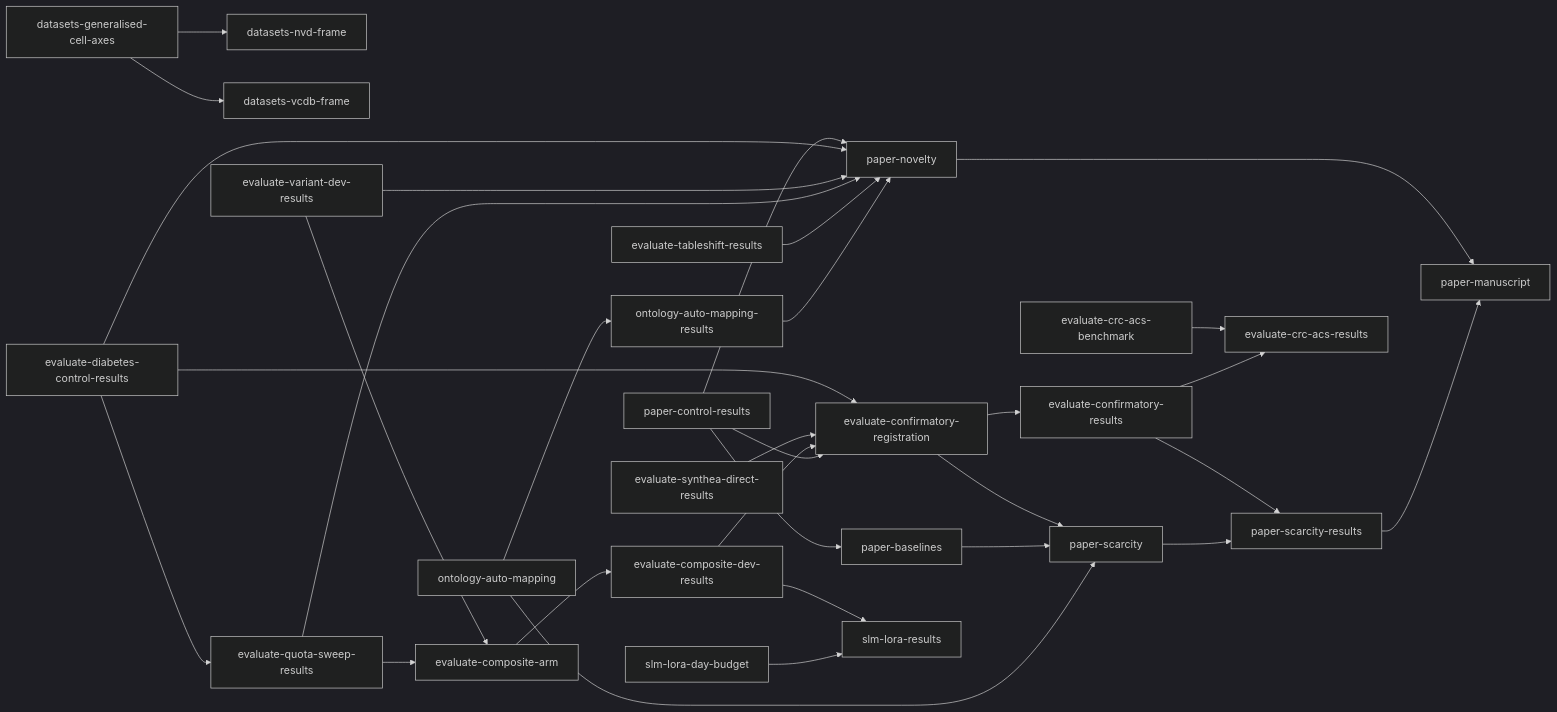
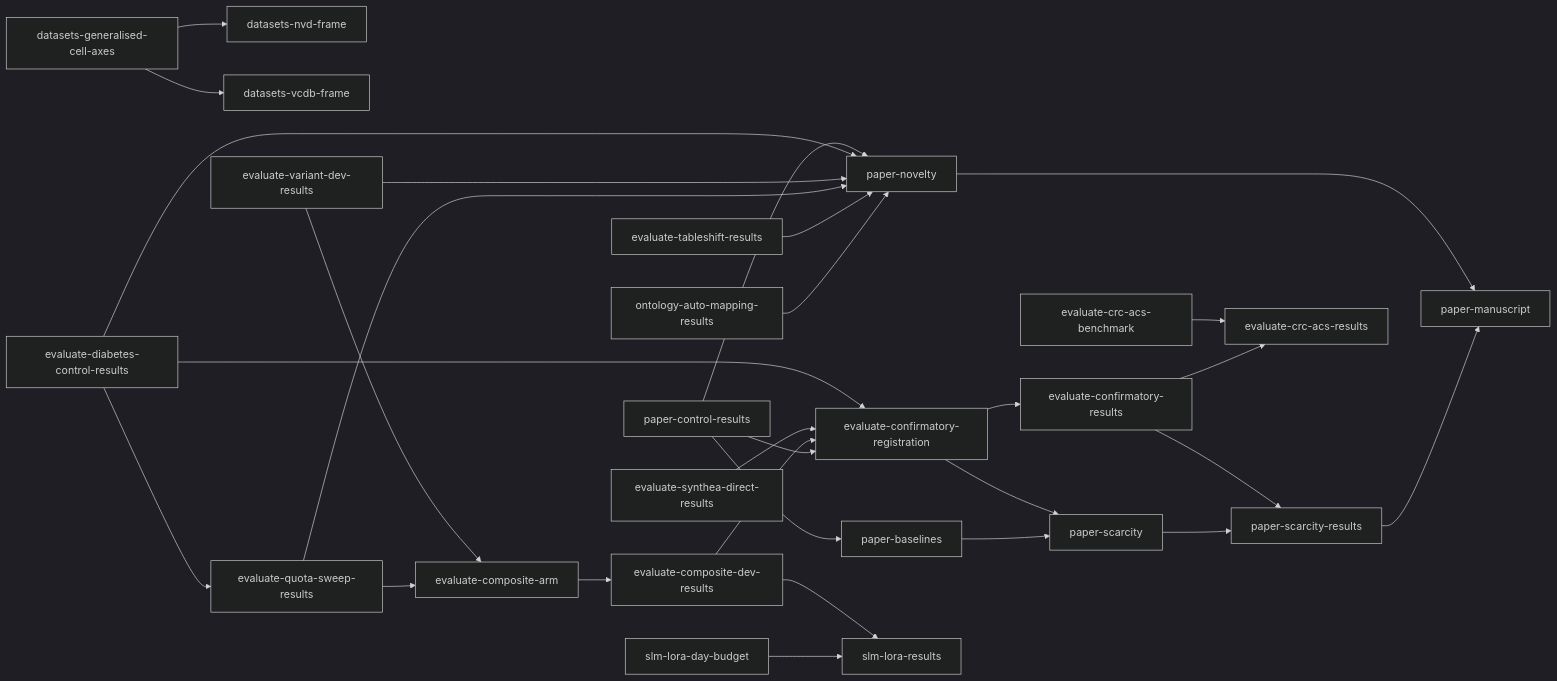
The diagram in tasks/direct-index.md (joe-dartmouth/synthetic), drawn with Mermaid (dark theme) before and after one commit. The commit also changed other lines of this file and 55 other files, not shown here.

````diff
--- a/tasks/direct-index.md
+++ b/tasks/direct-index.md
@@ -111,33 +110,31 @@
 ```mermaid
 flowchart LR
     p2[paper-control-results] --> p3[paper-baselines]
     u30[evaluate-confirmatory-registration] --> p4[paper-scarcity]
     u31[evaluate-confirmatory-results] --> p5[paper-scarcity-results]
     p3[paper-baselines] --> p4[paper-scarcity]
     p4[paper-scarcity] --> p5[paper-scarcity-results]
     p0[paper-novelty] --> p6[paper-manuscript]
     p5[paper-scarcity-results] --> p6[paper-manuscript]
     u50[datasets-generalised-cell-axes] --> u52[datasets-nvd-frame]
     u50 --> u53[datasets-vcdb-frame]
     u19[evaluate-variant-dev-results] --> u28[evaluate-composite-arm]
     u21[evaluate-quota-sweep-results] --> u28
     u28 --> u29[evaluate-composite-dev-results]
     u7[evaluate-diabetes-control-results] --> u30[evaluate-confirmatory-registration]
     u8[evaluate-synthea-direct-results] --> u30
     u29 --> u30
     u30 --> u31[evaluate-confirmatory-results]
     u41[evaluate-crc-acs-benchmark] --> u42[evaluate-crc-acs-results]
     u31 --> u42
-    u32[ontology-auto-mapping] --> u33[ontology-auto-mapping-results]
     u29 --> u36[slm-lora-results]
     u51[slm-lora-day-budget] --> u36
     u7[evaluate-diabetes-control-results] --> u21[evaluate-quota-sweep-results]
     p2[paper-control-results] --> u30[evaluate-confirmatory-registration]
     p2[paper-control-results] --> p0[paper-novelty]
-    u32[ontology-auto-mapping] --> p4[paper-scarcity]
     u7[evaluate-diabetes-control-results] --> p0[paper-novelty]
     u19[evaluate-variant-dev-results] --> p0[paper-novelty]
     u21[evaluate-quota-sweep-results] --> p0[paper-novelty]
     u55[evaluate-tableshift-results] --> p0[paper-novelty]
     u33[ontology-auto-mapping-results] --> p0[paper-novelty]
 ```
````
